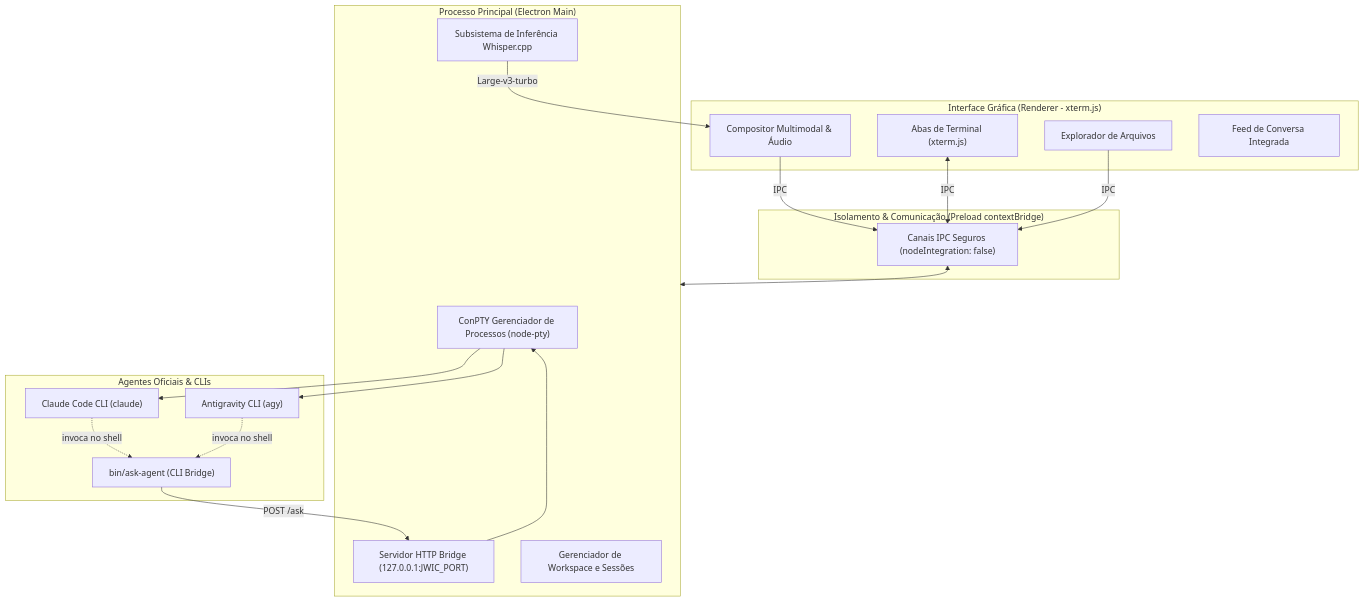
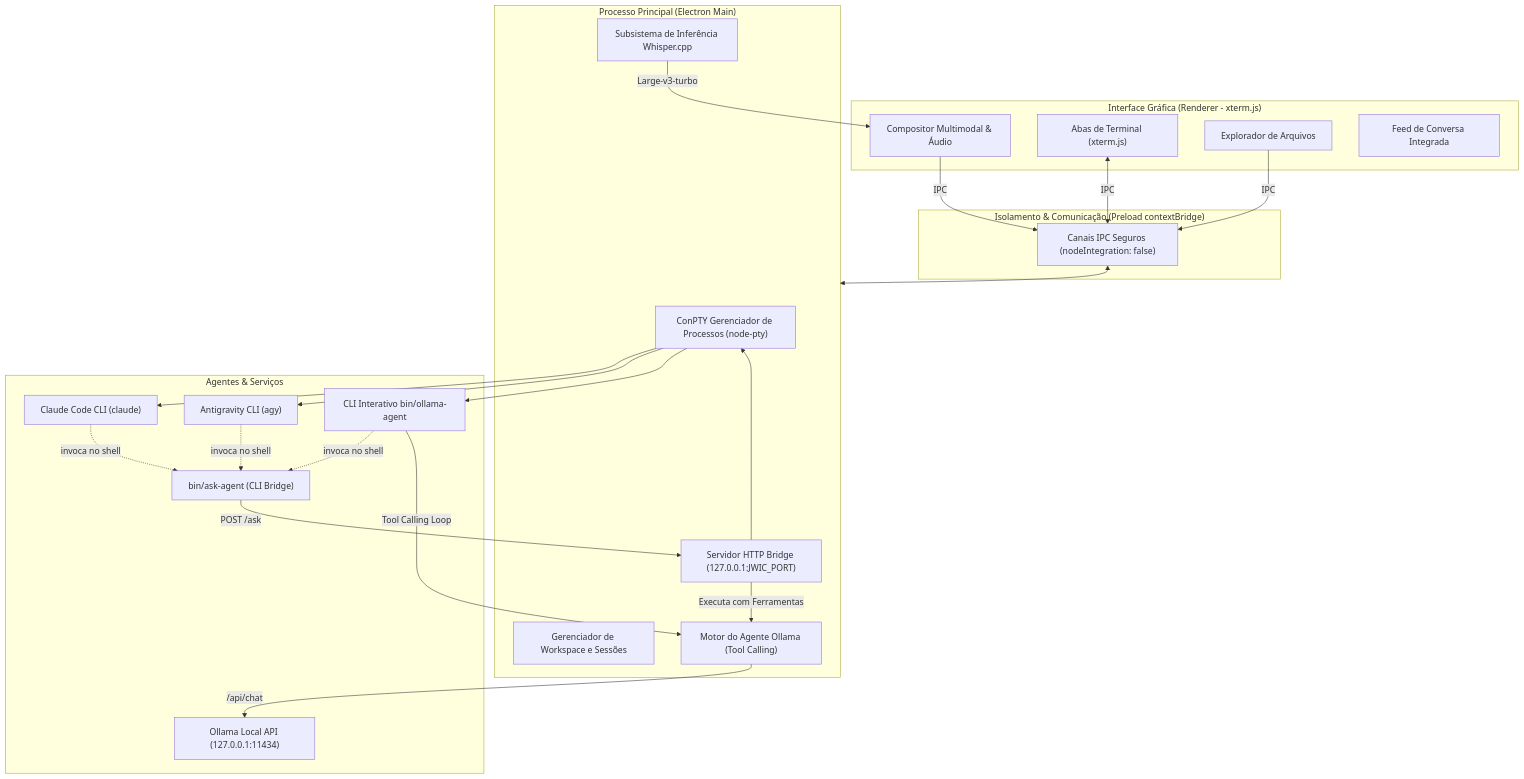
The diagram in README.md (pattrickn0/AgentDeck), drawn with Mermaid before and after one commit. The commit also changed other lines of this file and 16 other files, not shown here.

First line of the commit message:
feat: integrate Ollama local autonomous agent, tools execution and UI enhancements

````diff
--- a/README.md
+++ b/README.md
@@ -118,39 +141,47 @@
 ```mermaid
 flowchart TD
     subgraph UI ["Interface Gráfica (Renderer - xterm.js)"]
         Composer["Compositor Multimodal & Áudio"]
         Tabs["Abas de Terminal (xterm.js)"]
         Sidebar["Explorador de Arquivos"]
         Feed["Feed de Conversa Integrada"]
     end
 
     subgraph Bridge ["Isolamento & Comunicação (Preload contextBridge)"]
         IPC["Canais IPC Seguros (nodeIntegration: false)"]
     end
 
     subgraph Main ["Processo Principal (Electron Main)"]
         ConPTY["ConPTY Gerenciador de Processos (node-pty)"]
         BridgeServer["Servidor HTTP Bridge (127.0.0.1:JWIC_PORT)"]
         WhisperSubsystem["Subsistema de Inferência Whisper.cpp"]
         FSManager["Gerenciador de Workspace e Sessões"]
+        OllamaAgent["Motor do Agente Ollama (Tool Calling)"]
     end
 
-    subgraph Agents ["Agentes Oficiais & CLIs"]
+    subgraph Agents ["Agentes & Serviços"]
         ClaudeCLI["Claude Code CLI (claude)"]
         AgyCLI["Antigravity CLI (agy)"]
+        OllamaCLI["CLI Interativo bin/ollama-agent"]
+        OllamaAPI["Ollama Local API (127.0.0.1:11434)"]
         AskAgent["bin/ask-agent (CLI Bridge)"]
     end
 
     Composer -->|IPC| IPC
     Tabs <-->|IPC| IPC
     Sidebar -->|IPC| IPC
     IPC <--> Main
 
     ConPTY --> ClaudeCLI
     ConPTY --> AgyCLI
+    ConPTY --> OllamaCLI
     ClaudeCLI -.->|invoca no shell| AskAgent
     AgyCLI -.->|invoca no shell| AskAgent
+    OllamaCLI -.->|invoca no shell| AskAgent
     AskAgent -->|POST /ask| BridgeServer
     BridgeServer --> ConPTY
+    BridgeServer -->|Executa com Ferramentas| OllamaAgent
+    OllamaAgent -->|/api/chat| OllamaAPI
+    OllamaCLI -->|Tool Calling Loop| OllamaAgent
     WhisperSubsystem -->|Large-v3-turbo| Composer
 ```
````
